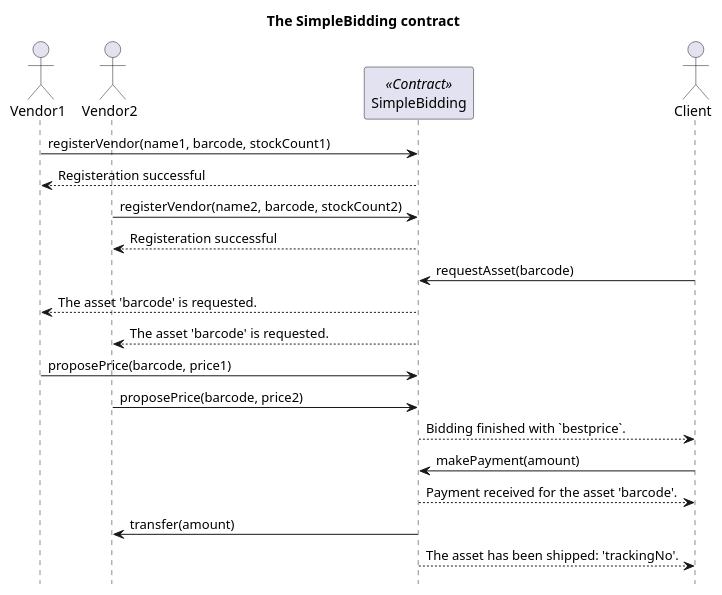
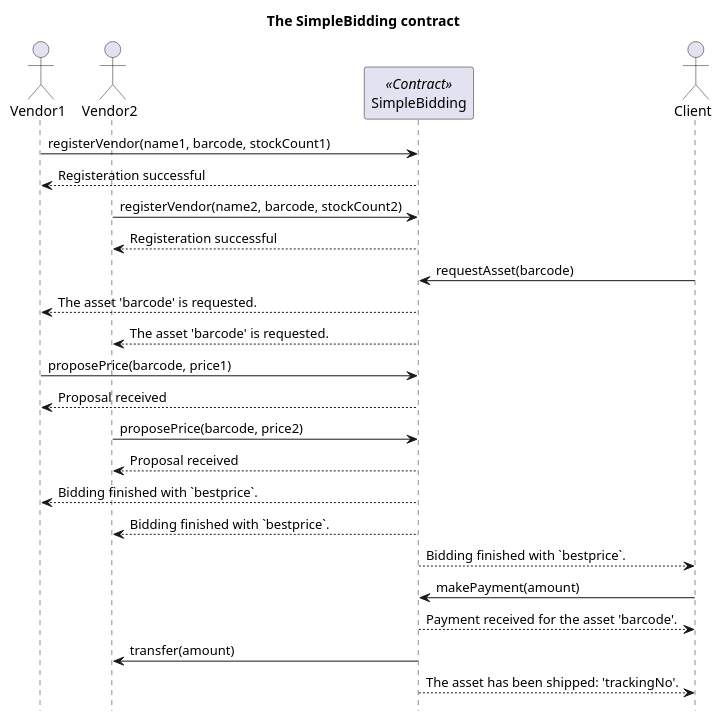
One commit to ogurcan/blockchain changed the diagram in ethereum/local-private-network/contracts/SimpleBidding/sequence_diagram.plantuml. Above: the diagram before and after it, drawn with PlantUML. The commit also changed 4 other files, not shown here.

```diff
--- a/ethereum/local-private-network/contracts/SimpleBidding/sequence_diagram.plantuml
+++ b/ethereum/local-private-network/contracts/SimpleBidding/sequence_diagram.plantuml
@@ -1,24 +1,28 @@
 @startuml
 hide footbox
 title The SimpleBidding contract
 
 actor Vendor1
 actor Vendor2
 participant SimpleBidding <<Contract>>
 actor Client
 
 Vendor1->SimpleBidding : registerVendor(name1, barcode, stockCount1)
 SimpleBidding-->Vendor1 : Registeration successful
 Vendor2->SimpleBidding : registerVendor(name2, barcode, stockCount2)
 SimpleBidding-->Vendor2 : Registeration successful
 Client->SimpleBidding : requestAsset(barcode)
 SimpleBidding-->Vendor1 : The asset 'barcode' is requested.
 SimpleBidding-->Vendor2 : The asset 'barcode' is requested.
 Vendor1->SimpleBidding : proposePrice(barcode, price1)
+SimpleBidding-->Vendor1 : Proposal received
 Vendor2->SimpleBidding : proposePrice(barcode, price2)
+SimpleBidding-->Vendor2 : Proposal received
+SimpleBidding-->Vendor1 : Bidding finished with `bestprice`.
+SimpleBidding-->Vendor2 : Bidding finished with `bestprice`.
 SimpleBidding-->Client : Bidding finished with `bestprice`.
 Client->SimpleBidding : makePayment(amount)
 SimpleBidding-->Client : Payment received for the asset 'barcode'.
 SimpleBidding-> Vendor2: transfer(amount)
 SimpleBidding-->Client : The asset has been shipped: 'trackingNo'.
 @enduml
```
